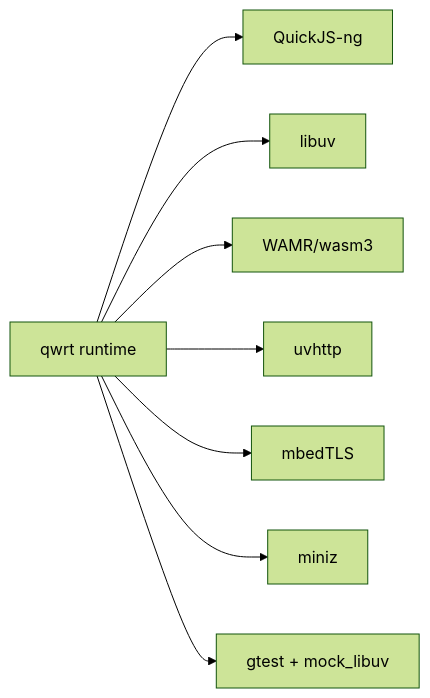
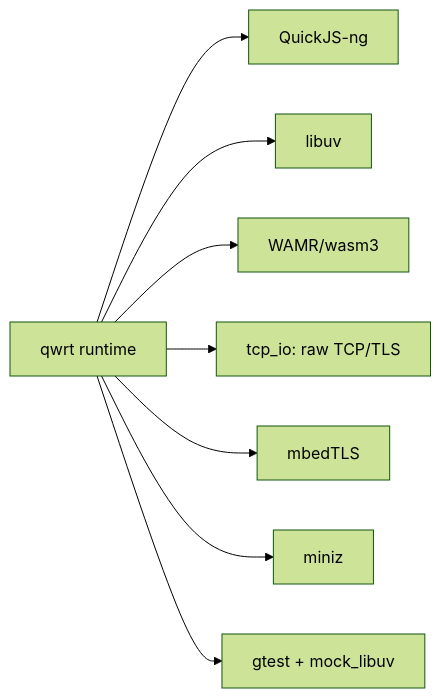
One commit to adam-ikari/qwrt changed the diagram in brain/stack.md. Above: the diagram before and after it, drawn with Mermaid (forest theme). The commit also changed other lines of this file and 9 other files, not shown here.

Commit message:
docs: purge stale uvhttp references — pure-JS serve() is the current architecture

````diff
--- a/brain/stack.md
+++ b/brain/stack.md
@@ -25,10 +25,10 @@
 ```mermaid
 graph LR
   D[qwrt runtime] --> E[QuickJS-ng]
   D --> L[libuv]
   D --> X[WAMR/wasm3]
-  D --> H[uvhttp]
+  D --> H[tcp_io: raw TCP/TLS]
   D --> C[mbedTLS]
   D --> M[miniz]
   D --> T[gtest + mock_libuv]
 ```
````
